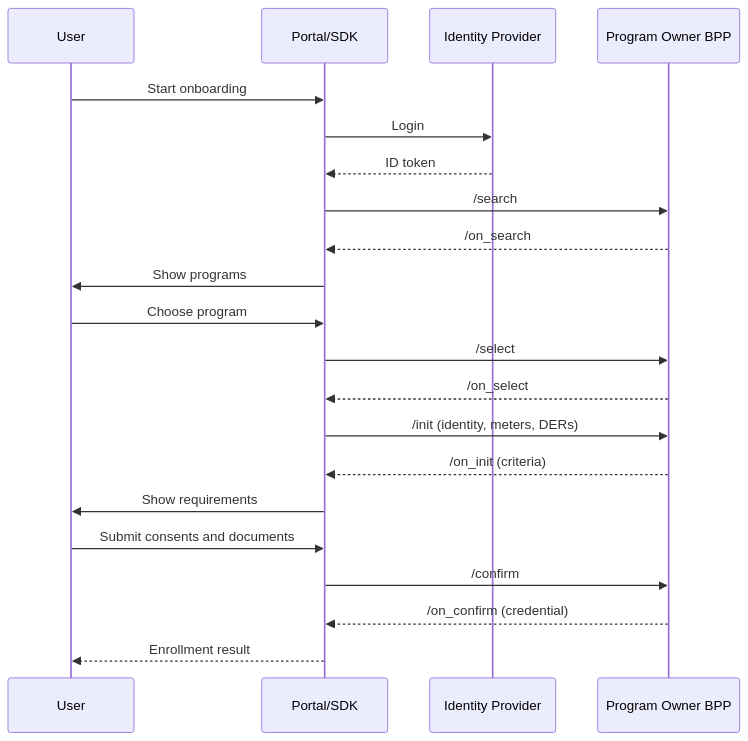
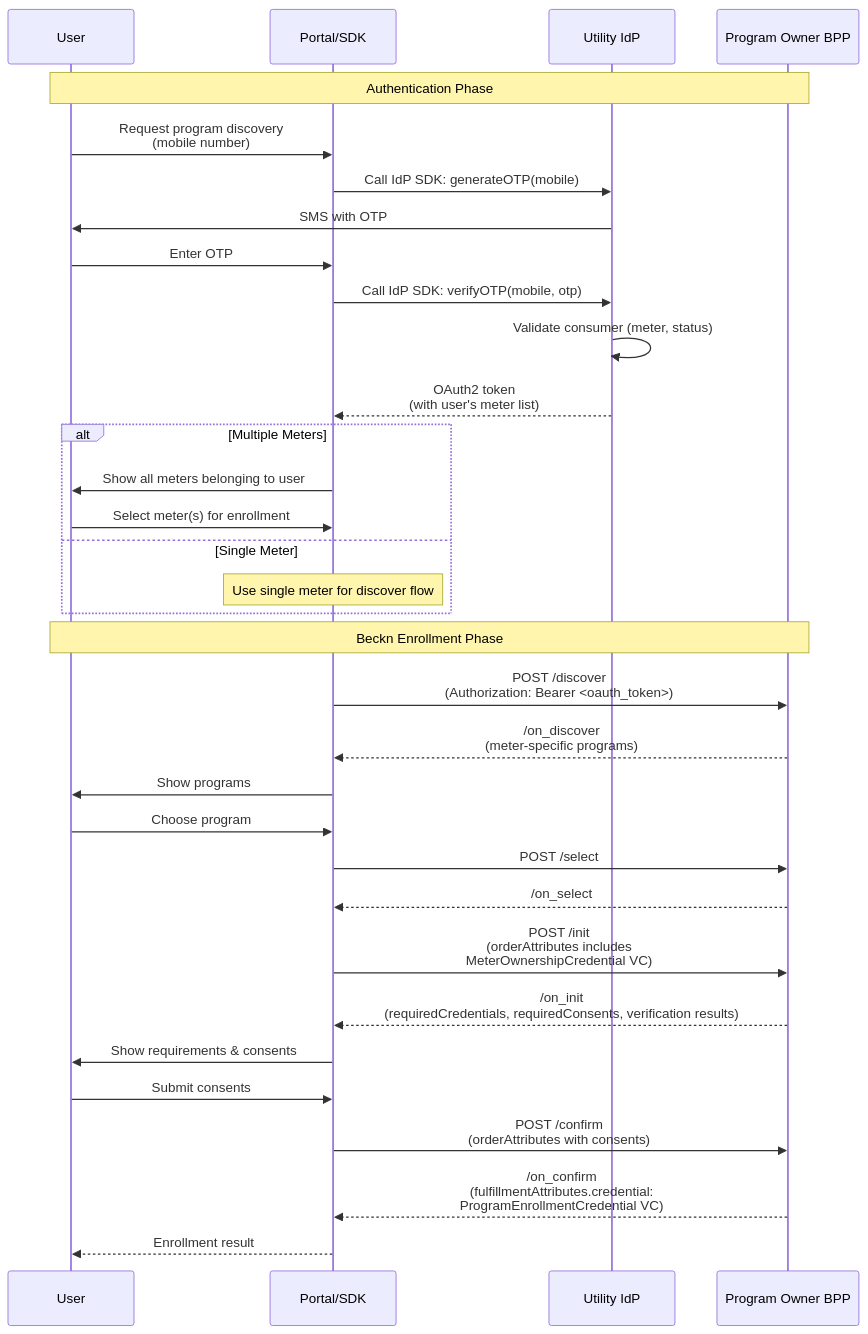
Before and after one commit to Beckn-One/DEG: the second of 4 diagrams in docs/implementation-guides/v2/Onboarding/IG_Onboarding_users_in_digital_energy_programs.md, drawn with Mermaid. The commit also changed other lines of this file and 6 other files, not shown here.

````diff
--- a/docs/implementation-guides/v2/Onboarding/IG_Onboarding_users_in_digital_energy_programs.md
+++ b/docs/implementation-guides/v2/Onboarding/IG_Onboarding_users_in_digital_energy_programs.md
@@ -264,24 +540,38 @@
 ```mermaid
 sequenceDiagram
   participant User
   participant Portal as Portal/SDK
-  participant IDP as Identity Provider
-  participant BPP as Program Owner BPP
+  participant UtilityIdP as Utility IdP
+  participant ProgramOwnerBPP as Program Owner BPP
 
-  User->>Portal: Start onboarding
-  Portal->>IDP: Login
-  IDP-->>Portal: ID token
-  Portal->>BPP: /search
-  BPP-->>Portal: /on_search
+  Note over User,ProgramOwnerBPP: Authentication Phase
+  User->>Portal: Request program discovery<br/>(mobile number)
+  Portal->>UtilityIdP: Call IdP SDK: generateOTP(mobile)
+  UtilityIdP->>User: SMS with OTP
+  User->>Portal: Enter OTP
+  Portal->>UtilityIdP: Call IdP SDK: verifyOTP(mobile, otp)
+  UtilityIdP->>UtilityIdP: Validate consumer (meter, status)
+  UtilityIdP-->>Portal: OAuth2 token<br/>(with user's meter list)
+  
+  alt Multiple Meters
+    Portal->>User: Show all meters belonging to user
+    User->>Portal: Select meter(s) for enrollment
+  else Single Meter
+    Note over Portal: Use single meter for discover flow
+  end
+
+  Note over User,ProgramOwnerBPP: Beckn Enrollment Phase
+  Portal->>ProgramOwnerBPP: POST /discover<br/>(Authorization: Bearer <oauth_token>)
+  ProgramOwnerBPP-->>Portal: /on_discover<br/>(meter-specific programs)
   Portal->>User: Show programs
   User->>Portal: Choose program
-  Portal->>BPP: /select
-  BPP-->>Portal: /on_select
-  Portal->>BPP: /init (identity, meters, DERs)
-  BPP-->>Portal: /on_init (criteria)
-  Portal->>User: Show requirements
-  User->>Portal: Submit consents and documents
-  Portal->>BPP: /confirm
-  BPP-->>Portal: /on_confirm (credential)
+  Portal->>ProgramOwnerBPP: POST /select
+  ProgramOwnerBPP-->>Portal: /on_select
+  Portal->>ProgramOwnerBPP: POST /init<br/>(orderAttributes includes<br/>MeterOwnershipCredential VC)
+  ProgramOwnerBPP-->>Portal: /on_init<br/>(requiredCredentials, requiredConsents, verification results)
+  Portal->>User: Show requirements & consents
+  User->>Portal: Submit consents
+  Portal->>ProgramOwnerBPP: POST /confirm<br/>(orderAttributes with consents)
+  ProgramOwnerBPP-->>Portal: /on_confirm<br/>(fulfillmentAttributes.credential:<br/>ProgramEnrollmentCredential VC)
   Portal-->>User: Enrollment result
 ```
````
